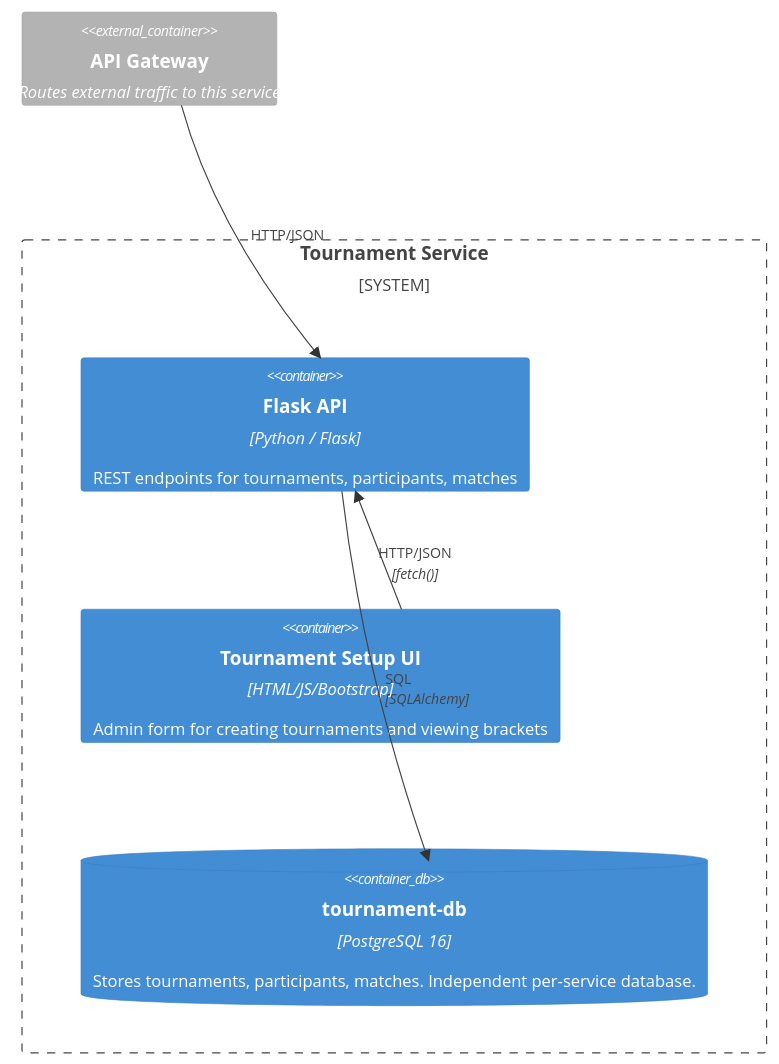
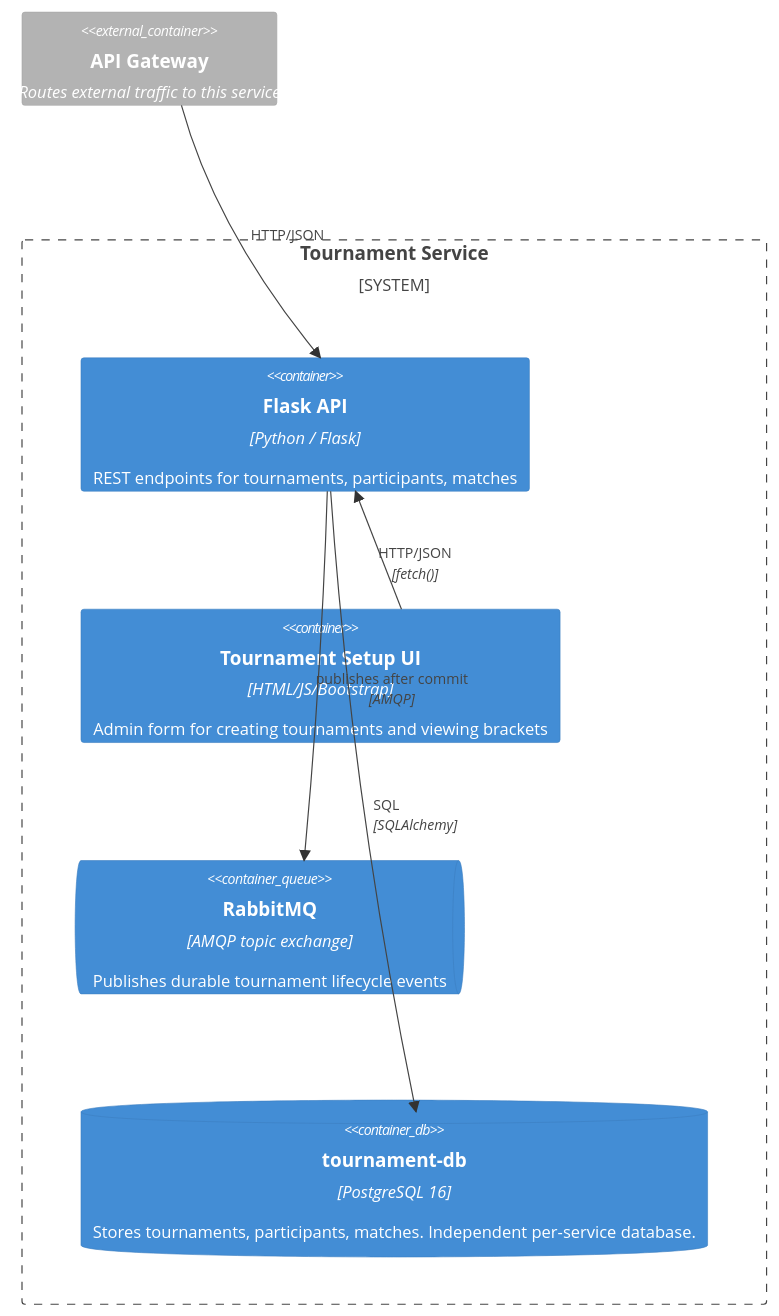
Before and after one commit to personnna/software-architecture: the second of 3 diagrams in docs/tournament-service/ARCHITECTURE.md, drawn with Mermaid. The commit also changed other lines of this file and 3 other files, not shown here.

Commit message:
docs: update architecture for RabbitMQ event flow

````diff
--- a/docs/tournament-service/ARCHITECTURE.md
+++ b/docs/tournament-service/ARCHITECTURE.md
@@ -41,14 +41,16 @@
 ```mermaid
 C4Container
   System_Boundary(ts, "Tournament Service") {
     Container(api, "Flask API", "Python / Flask", "REST endpoints for tournaments, participants, matches")
     Container(web, "Tournament Setup UI", "HTML/JS/Bootstrap", "Admin form for creating tournaments and viewing brackets")
+    ContainerQueue(events, "RabbitMQ", "AMQP topic exchange", "Publishes durable tournament lifecycle events")
     ContainerDb(db, "tournament-db", "PostgreSQL 16", "Stores tournaments, participants, matches. Independent per-service database.")
   }
 
   Container_Ext(gateway, "API Gateway", "Routes external traffic to this service")
 
   Rel(web, api, "HTTP/JSON", "fetch()")
   Rel(api, db, "SQL", "SQLAlchemy")
+  Rel(api, events, "publishes after commit", "AMQP")
   Rel(gateway, api, "HTTP/JSON")
 ```
````
